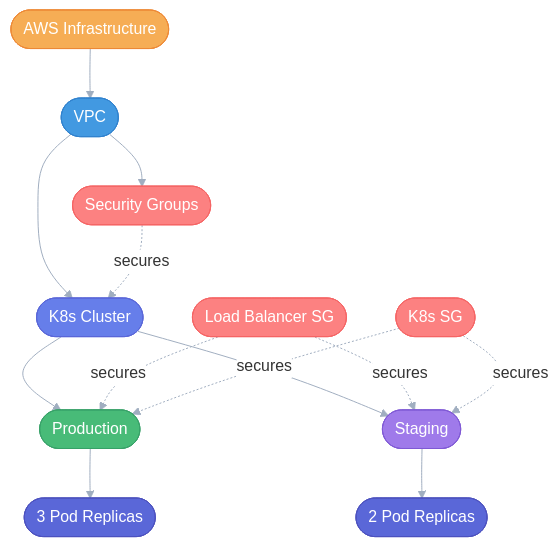
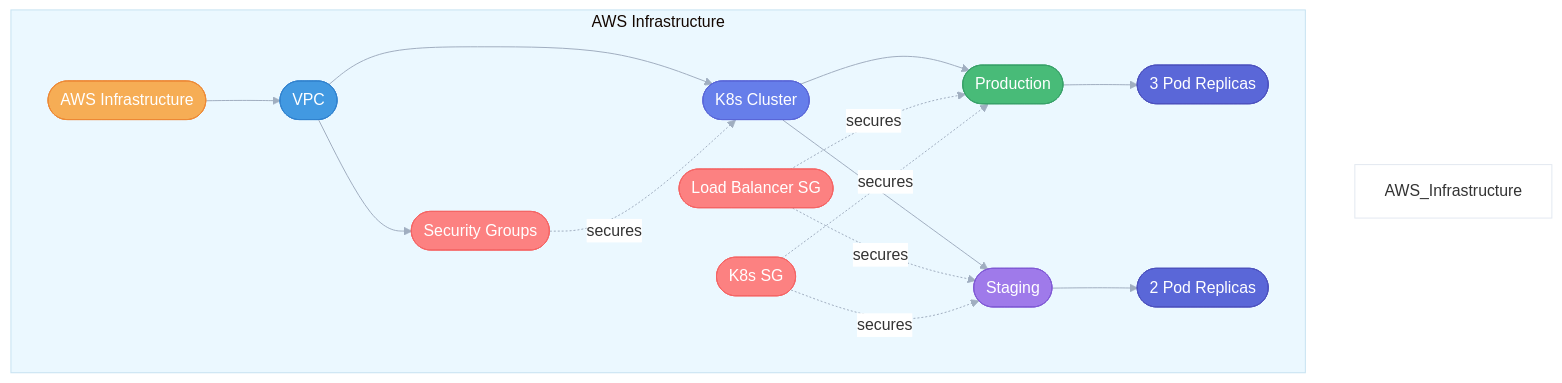
The fourth of 5 diagrams in README.md (DanorSODA/Devops-Course-Final-Project), drawn with Mermaid before and after one commit. The commit also changed other lines of this file, not shown here.

Commit message:
add a white background to all grpahs

````diff
--- a/README.md
+++ b/README.md
@@ -127,27 +130,30 @@
 ```mermaid
 %%{init: {'theme': 'base', 'themeVariables': { 'primaryColor': '#4299e1', 'edgeLabelBackground':'#ffffff', 'tertiaryColor': '#ebf8ff', 'lineColor': '#a0aec0'}}}%%
 graph TD
-    A([AWS Infrastructure]):::aws --> B([VPC]):::vpc
-    B --> SG1([Security Groups]):::sg
-    B --> C([K8s Cluster]):::k8s
+    subgraph "AWS Infrastructure"
+        style AWS_Infrastructure fill:#ffffff,stroke:#e2e8f0
+        A([AWS Infrastructure]):::aws --> B([VPC]):::vpc
+        B --> SG1([Security Groups]):::sg
+        B --> C([K8s Cluster]):::k8s
 
-    SG1 -.secures.-> C
-    C --> D([Production]):::prod
-    C --> E([Staging]):::stage
+        SG1 -.secures.-> C
+        C --> D([Production]):::prod
+        C --> E([Staging]):::stage
 
-    D --> DP([3 Pod Replicas]):::pod
-    E --> SP([2 Pod Replicas]):::pod
+        D --> DP([3 Pod Replicas]):::pod
+        E --> SP([2 Pod Replicas]):::pod
 
-    SG2([Load Balancer SG]):::sg -.secures.-> D
-    SG3([K8s SG]):::sg -.secures.-> D
-    SG2 -.secures.-> E
-    SG3 -.secures.-> E
+        SG2([Load Balancer SG]):::sg -.secures.-> D
+        SG3([K8s SG]):::sg -.secures.-> D
+        SG2 -.secures.-> E
+        SG3 -.secures.-> E
+    end
 
     classDef aws fill:#f6ad55,stroke:#ed8936,color:#fff
     classDef vpc fill:#4299e1,stroke:#3182ce,color:#fff
     classDef sg fill:#fc8181,stroke:#f56565,color:#fff
     classDef k8s fill:#667eea,stroke:#5a67d8,color:#fff
     classDef prod fill:#48bb78,stroke:#38a169,color:#fff
     classDef stage fill:#9f7aea,stroke:#805ad5,color:#fff
     classDef pod fill:#5a67d8,stroke:#4c51bf,color:#fff
 ```
````
